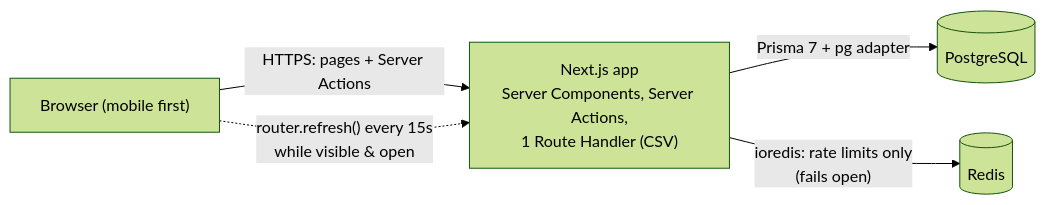
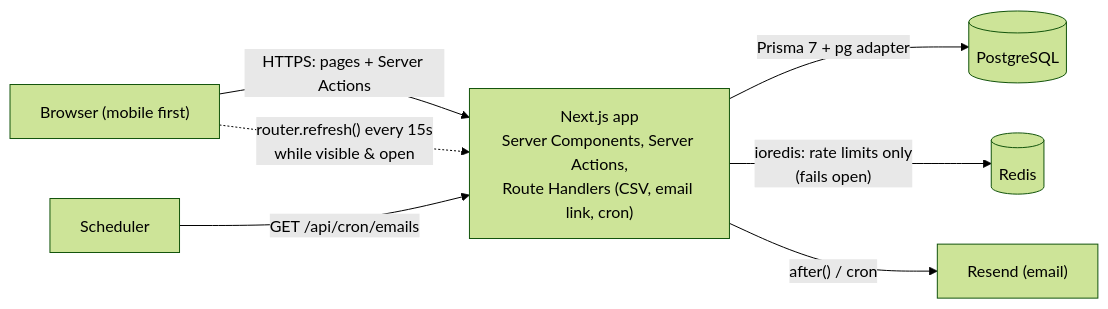
One commit to jaykeraliya0/poller changed the first of 2 diagrams in README.md. Above: the diagram before and after it, drawn with Mermaid (forest theme). The commit also changed other lines of this file and 74 other files, not shown here.

First line of the commit message:
feat: add email verification, password reset and poll emails via Resend

````diff
--- a/README.md
+++ b/README.md
@@ -81,7 +96,9 @@
 ```mermaid
 flowchart LR
-  B["Browser (mobile first)"] -- "HTTPS: pages + Server Actions" --> N["Next.js app<br/>Server Components, Server Actions,<br/>1 Route Handler (CSV)"]
+  B["Browser (mobile first)"] -- "HTTPS: pages + Server Actions" --> N["Next.js app<br/>Server Components, Server Actions,<br/>Route Handlers (CSV, email link, cron)"]
   N -- Prisma 7 + pg adapter --> P[(PostgreSQL)]
   N -- "ioredis: rate limits only<br/>(fails open)" --> R[(Redis)]
+  N -- "after() / cron" --> E["Resend (email)"]
+  C["Scheduler"] -- "GET /api/cron/emails" --> N
   B -. "router.refresh() every 15s<br/>while visible & open" .-> N
 ```
````
